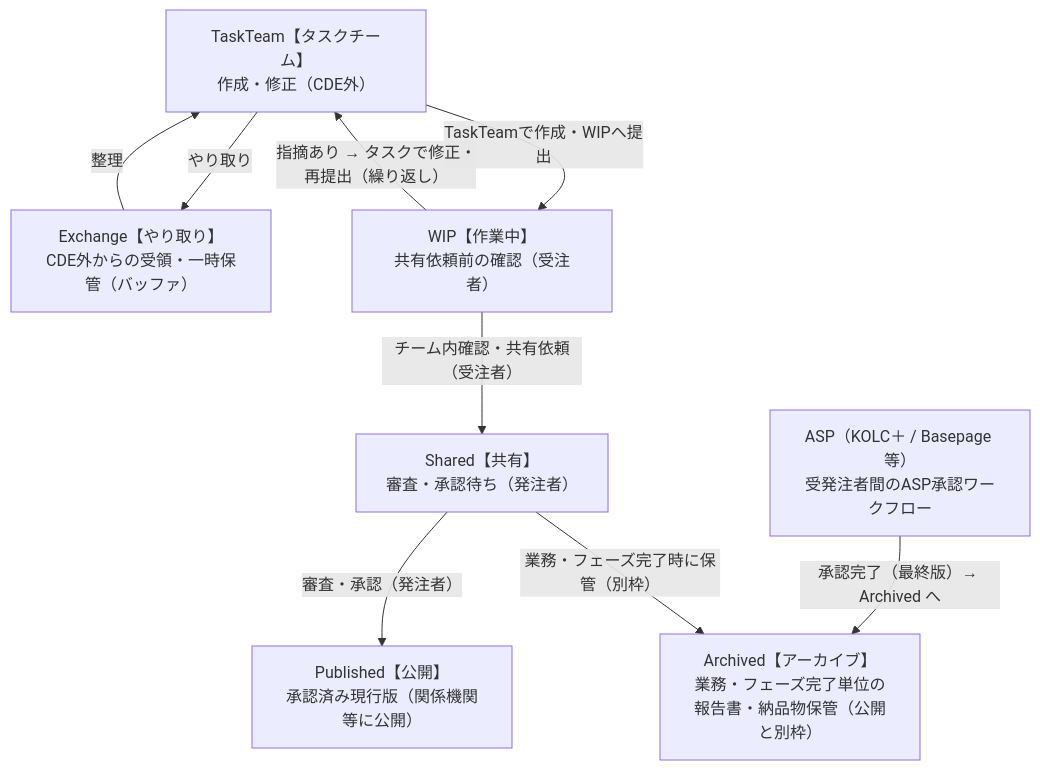
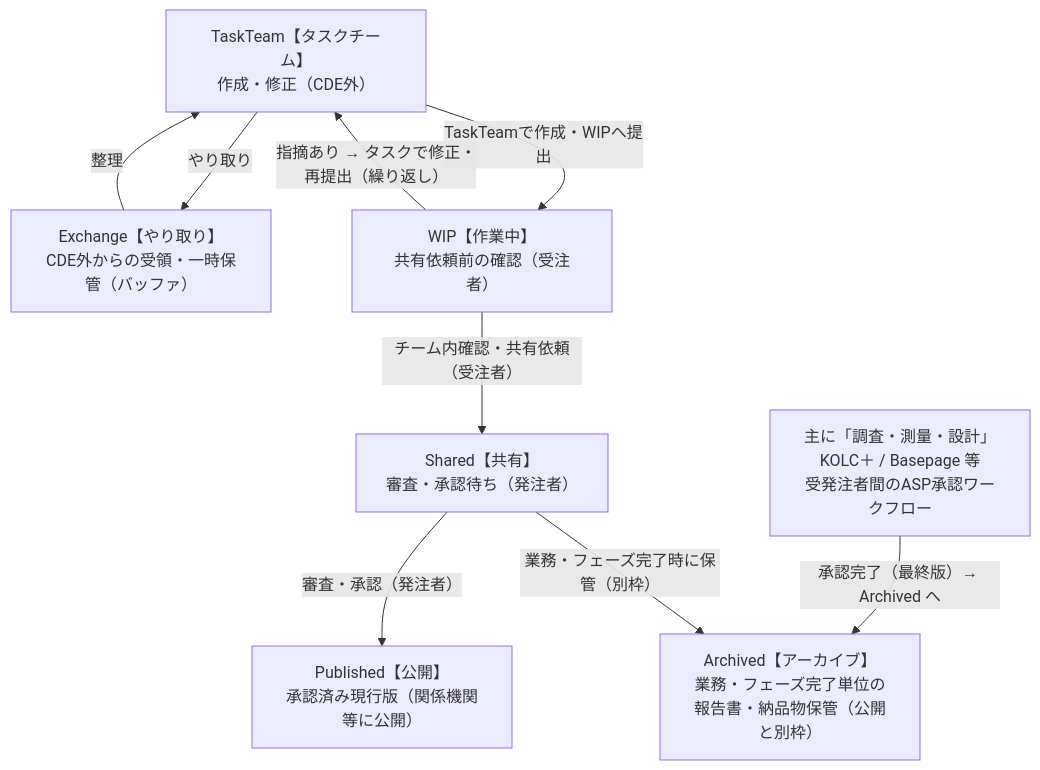
One commit to yamamoto-ryuzo/portal changed the second of 3 diagrams in プロジェクトCDE/index.md. Above: the diagram before and after it, drawn with Mermaid. The commit also changed other lines of this file, not shown here.

````diff
--- a/プロジェクトCDE/index.md
+++ b/プロジェクトCDE/index.md
@@ -861,19 +861,19 @@
 ```mermaid
 flowchart TD
     TT["TaskTeam【タスクチーム】<br/>作成・修正（CDE外）"]
     EX["Exchange【やり取り】<br/>CDE外からの受領・一時保管（バッファ）"]
     WIP["WIP【作業中】<br/>共有依頼前の確認（受注者）"]
     SH["Shared【共有】<br/>審査・承認待ち（発注者）"]
     PB["Published【公開】<br/>承認済み現行版（関係機関等に公開）"]
     AR["Archived【アーカイブ】<br/>業務・フェーズ完了単位の<br/>報告書・納品物保管（公開と別枠）"]
-    ASP["ASP（KOLC＋ / Basepage 等）<br/>受発注者間のASP承認ワークフロー"]
+    ASP["主に「調査・測量・設計」<br/>KOLC＋ / Basepage 等<br/>受発注者間のASP承認ワークフロー"]
 
     TT -->|"やり取り"| EX
     TT -->|"TaskTeamで作成・WIPへ提出"| WIP
     EX -->|"整理"| TT
     WIP -->|"指摘あり → タスクで修正・再提出（繰り返し）"| TT
     WIP -->|"チーム内確認・共有依頼（受注者）"| SH
     SH -->|"審査・承認（発注者）"| PB
     ASP -->|"承認完了（最終版）→ Archived へ"| AR
     SH -->|"業務・フェーズ完了時に保管（別枠）"| AR
 ```
````
